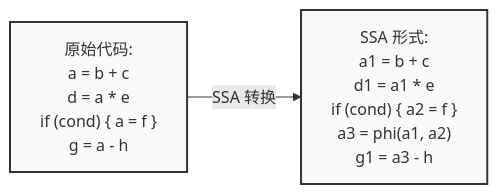
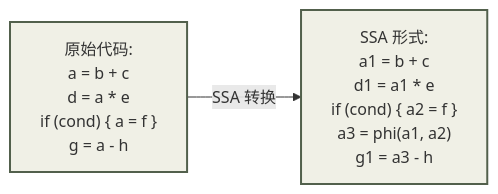
The second of 22 diagrams in static-analysis-guide/ssa-for-advanced-language.mdx (yaklang/ssa.to), drawn with Mermaid before and after one commit. The commit also changed other lines of this file and 91 other files, not shown here.

````diff
--- a/static-analysis-guide/ssa-for-advanced-language.mdx
+++ b/static-analysis-guide/ssa-for-advanced-language.mdx
@@ -138,20 +146,20 @@
 ```mermaid
   graph LR
     Original["原始代码:
     a = b + c
     d = a * e
     if (cond) { a = f }
     g = a - h"]
     
     SSA["SSA 形式:
     a1 = b + c
     d1 = a1 * e
     if (cond) { a2 = f }
     a3 = phi(a1, a2)
     g1 = a3 - h"]
     
     Original -->|"SSA 转换"| SSA
     
-    style Original fill:#f9f9f9,stroke:#333,stroke-width:2px
-    style SSA fill:#f9f9f9,stroke:#333,stroke-width:2px
+    style Original fill:#f0f0e6,stroke:#52604c,stroke-width:2px
+    style SSA fill:#f0f0e6,stroke:#52604c,stroke-width:2px
 ```
````
